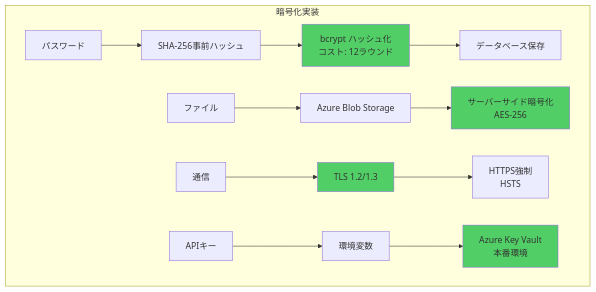
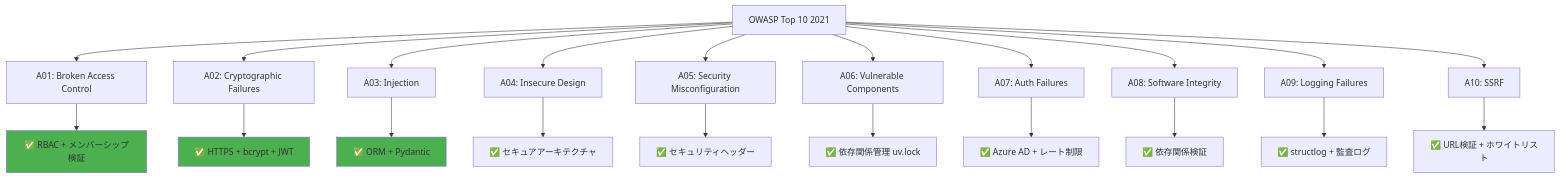
One commit to nomura-koshiro/genai-app-docs changed the second of 10 diagrams in docs/specifications/03-security/03-security-implementation.md. Above: the diagram before and after it, drawn with Mermaid. The commit also changed other lines of this file and 35 other files, not shown here.

````diff
--- a/docs/specifications/03-security/03-security-implementation.md
+++ b/docs/specifications/03-security/03-security-implementation.md
@@ -304,22 +80,30 @@
 ```mermaid
 graph TB
-    subgraph "暗号化実装"
-        A[パスワード] --> B[SHA-256事前ハッシュ]
-        B --> C[bcrypt ハッシュ化<br/>コスト: 12ラウンド]
-        C --> D[データベース保存]
+    OWASP[OWASP Top 10 2021]
 
-        E[ファイル] --> F[Azure Blob Storage]
-        F --> G[サーバーサイド暗号化<br/>AES-256]
+    OWASP --> A01[A01: Broken Access Control]
+    OWASP --> A02[A02: Cryptographic Failures]
+    OWASP --> A03[A03: Injection]
+    OWASP --> A04[A04: Insecure Design]
+    OWASP --> A05[A05: Security Misconfiguration]
+    OWASP --> A06[A06: Vulnerable Components]
+    OWASP --> A07[A07: Auth Failures]
+    OWASP --> A08[A08: Software Integrity]
+    OWASP --> A09[A09: Logging Failures]
+    OWASP --> A10[A10: SSRF]
 
-        H[通信] --> I[TLS 1.2/1.3]
-        I --> J[HTTPS強制<br/>HSTS]
+    A01 --> A01_OK[✅ RBAC + メンバーシップ検証]
+    A02 --> A02_OK[✅ HTTPS + bcrypt + JWT]
+    A03 --> A03_OK[✅ ORM + Pydantic]
+    A04 --> A04_OK[✅ セキュアアーキテクチャ]
+    A05 --> A05_OK[✅ セキュリティヘッダー]
+    A06 --> A06_OK[✅ 依存関係管理 uv.lock]
+    A07 --> A07_OK[✅ Azure AD + レート制限]
+    A08 --> A08_OK[✅ 依存関係検証]
+    A09 --> A09_OK[✅ structlog + 監査ログ]
+    A10 --> A10_OK[✅ URL検証 + ホワイトリスト]
 
-        K[APIキー] --> L[環境変数]
-        L --> M[Azure Key Vault<br/>本番環境]
-    end
-
-    style C fill:#51cf66
-    style G fill:#51cf66
-    style I fill:#51cf66
-    style M fill:#51cf66
+    style A01_OK fill:#4CAF50
+    style A02_OK fill:#4CAF50
+    style A03_OK fill:#4CAF50
 ```
````
